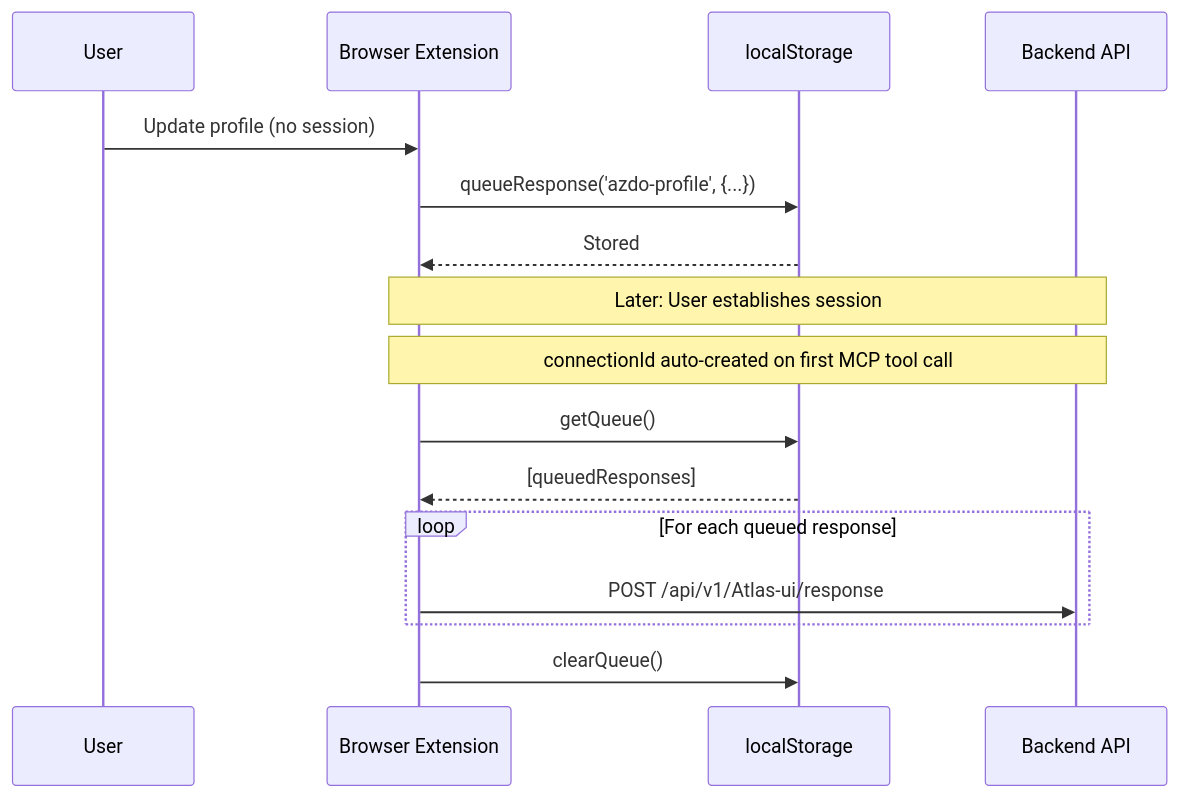
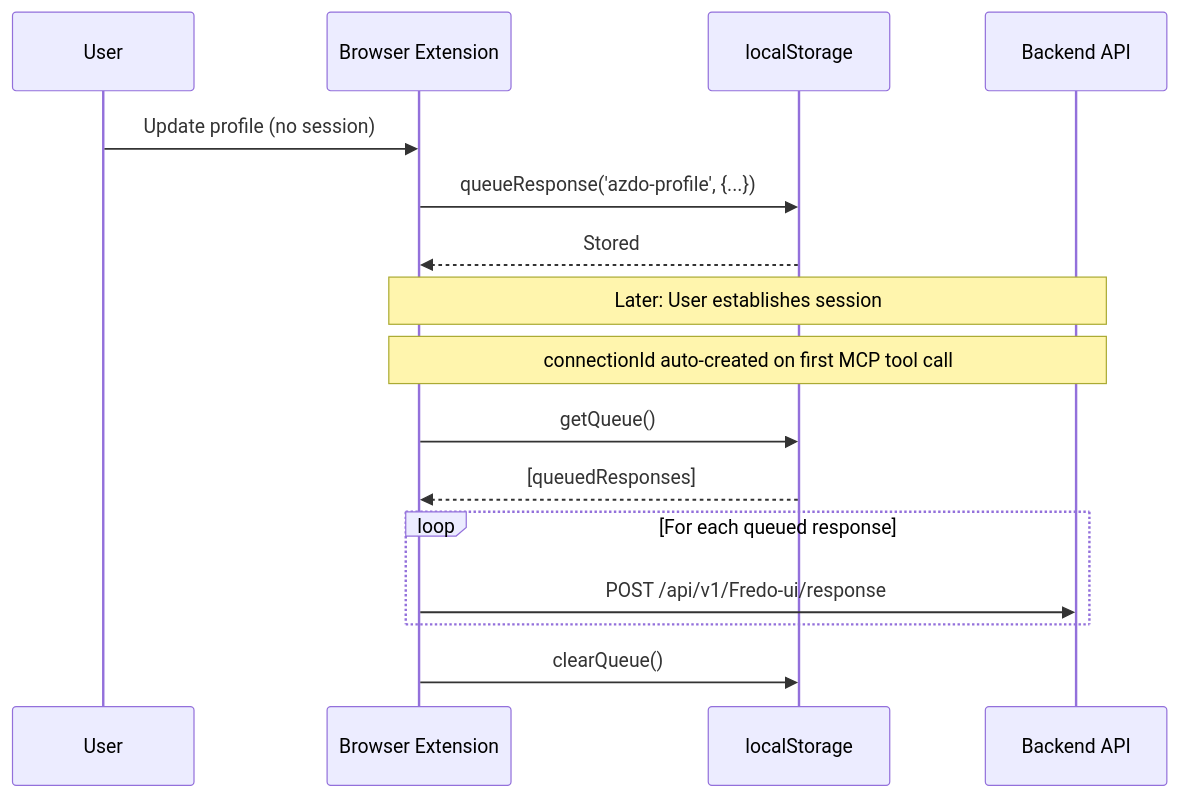
One commit to FredoAi/fredo changed the second of 2 diagrams in docs/archive/browser-extension/RESPONSE_FLOW.md. Above: the diagram before and after it, drawn with Mermaid. The commit also changed other lines of this file and 26 other files, not shown here.

First line of the commit message:
Rename Atlas to Fredo across documentation and codebase

````diff
--- a/docs/archive/browser-extension/RESPONSE_FLOW.md
+++ b/docs/archive/browser-extension/RESPONSE_FLOW.md
@@ -615,21 +615,21 @@
 ```mermaid
 sequenceDiagram
     participant User as User
     participant Ext as Browser Extension
     participant LS as localStorage
     participant Backend as Backend API
 
     User->>Ext: Update profile (no session)
     Ext->>LS: queueResponse('azdo-profile', {...})
     LS-->>Ext: Stored
 
     Note over Ext,Backend: Later: User establishes session
 
     Note over Ext,Backend: connectionId auto-created on first MCP tool call
     Ext->>LS: getQueue()
     LS-->>Ext: [queuedResponses]
     loop For each queued response
-        Ext->>Backend: POST /api/v1/Atlas-ui/response
+        Ext->>Backend: POST /api/v1/Fredo-ui/response
     end
     Ext->>LS: clearQueue()
 ```
````
